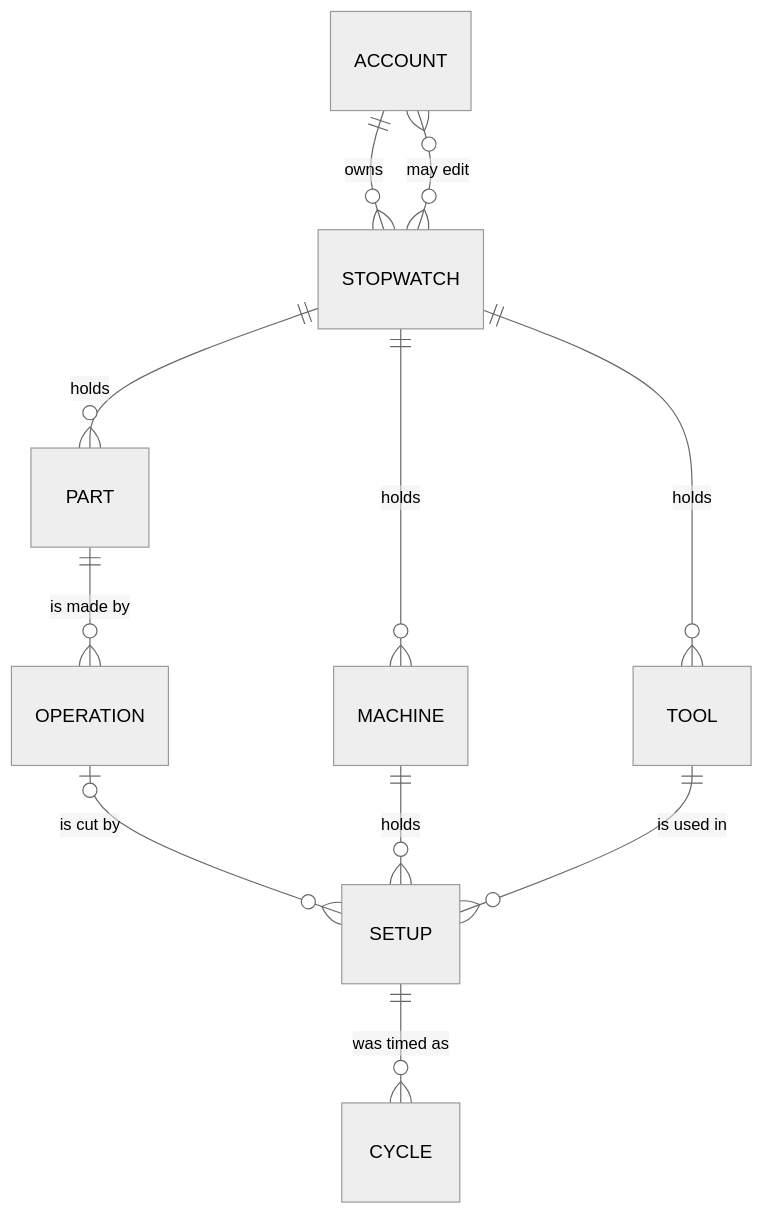
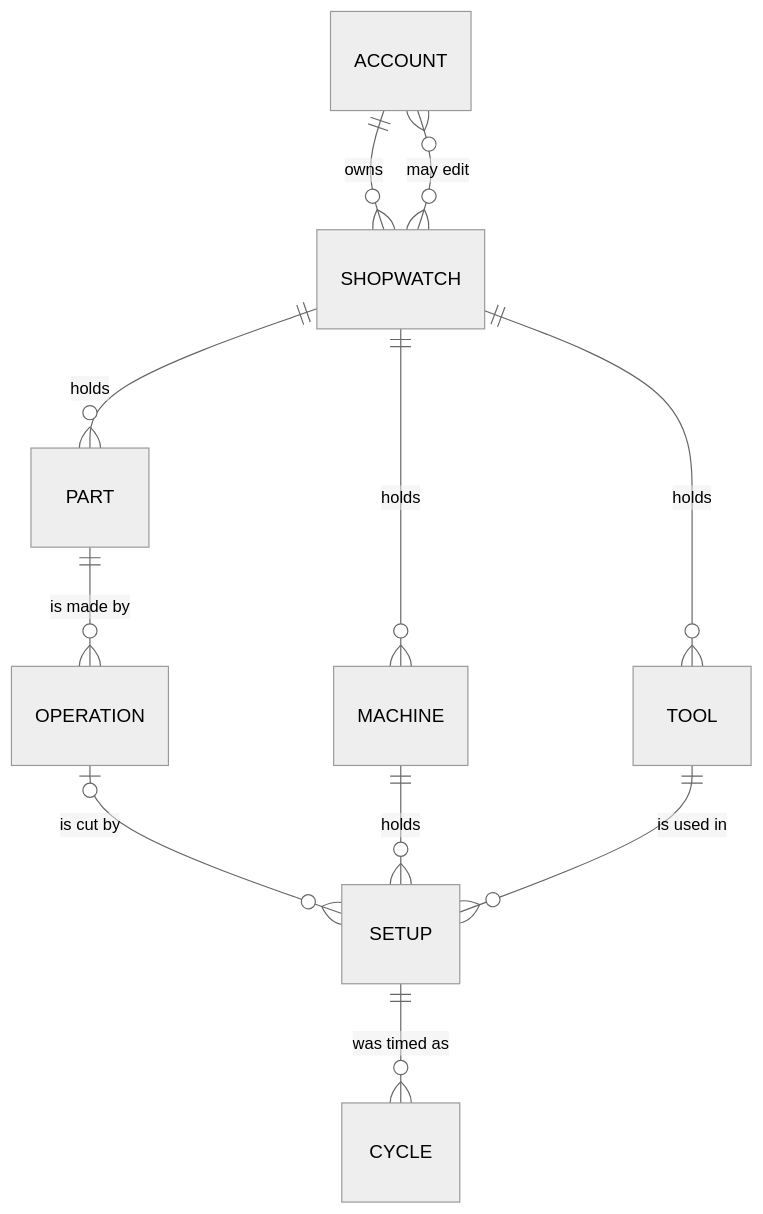
One commit to rwaynewhite15/MindMap3D changed the diagram in plugin-packages/manufacturing/README.md. Above: the diagram before and after it, drawn with Mermaid (neutral theme). The commit also changed other lines of this file and 4 other files, not shown here.

````diff
--- a/plugin-packages/manufacturing/README.md
+++ b/plugin-packages/manufacturing/README.md
@@ -386,13 +386,13 @@
 ```mermaid
 erDiagram
-    ACCOUNT   ||--o{ STOPWATCH : owns
-    ACCOUNT   }o--o{ STOPWATCH : "may edit"
-    STOPWATCH ||--o{ MACHINE   : holds
-    STOPWATCH ||--o{ TOOL      : holds
-    STOPWATCH ||--o{ PART      : holds
+    ACCOUNT   ||--o{ SHOPWATCH : owns
+    ACCOUNT   }o--o{ SHOPWATCH : "may edit"
+    SHOPWATCH ||--o{ MACHINE   : holds
+    SHOPWATCH ||--o{ TOOL      : holds
+    SHOPWATCH ||--o{ PART      : holds
     PART      ||--o{ OPERATION : "is made by"
     OPERATION |o--o{ SETUP     : "is cut by"
     MACHINE   ||--o{ SETUP     : "holds"
     TOOL      ||--o{ SETUP     : "is used in"
     SETUP     ||--o{ CYCLE     : "was timed as"
 ```
````
